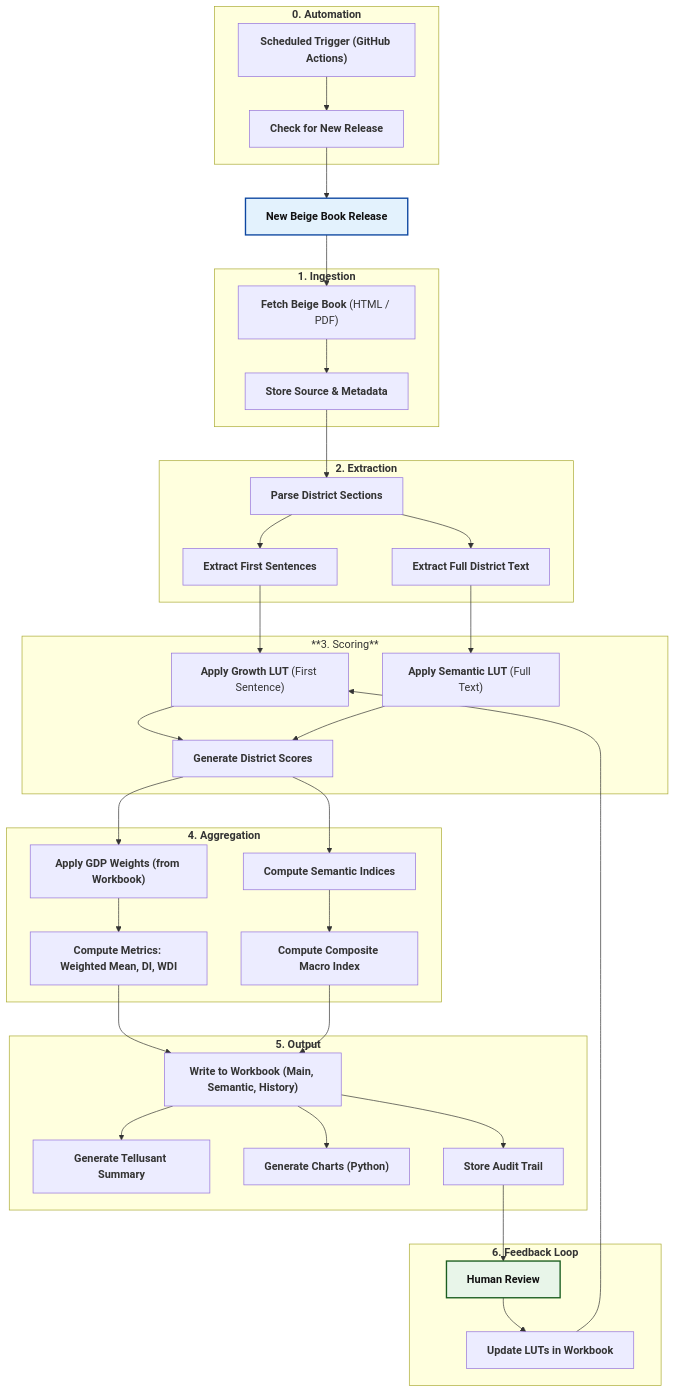
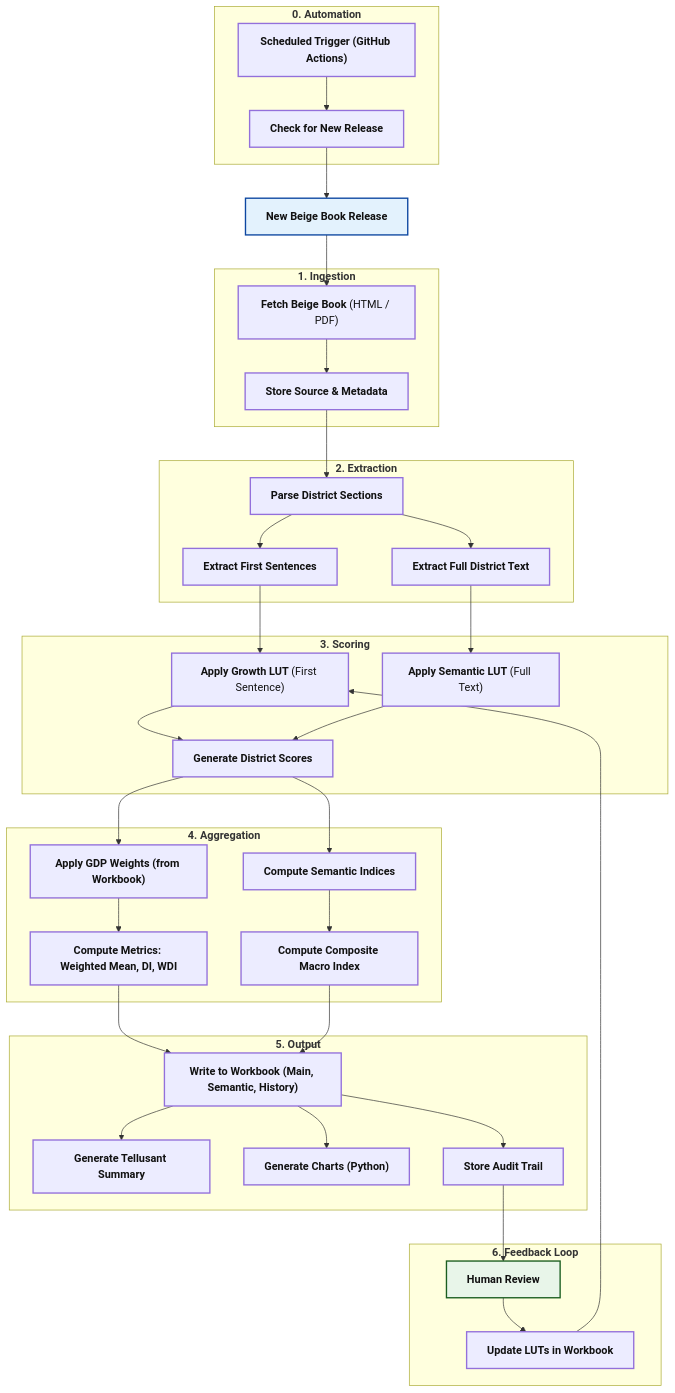
Before and after one commit to scanback/docs: the diagram in articles-posts/fedora.md, drawn with Mermaid.

```diff
--- a/articles-posts/fedora.md
+++ b/articles-posts/fedora.md
@@ -9,73 +9,73 @@
 <div class="mermaid">
 
 %%{init: {'themeVariables': { 'fontFamily': 'Arial'}}}%%
 
 flowchart TD
 
     A["`**New Beige Book Release**`"]:::blue
 
     subgraph S1["`**1. Ingestion**`"]
-        B["`**Fetch Beige Book** (HTML / PDF)`"]
-        C["`**Store Source & Metadata**`"]
+        B["`**Fetch Beige Book** (HTML / PDF)`"]:::base
+        C["`**Store Source & Metadata**`"]:::base
     end
 
     subgraph S2["`**2. Extraction**`"]
-        D["`**Parse District Sections**`"]
-        E["`**Extract First Sentences**`"]
-        F["`**Extract Full District Text**`"]
+        D["`**Parse District Sections**`"]:::base
+        E["`**Extract First Sentences**`"]:::base
+        F["`**Extract Full District Text**`"]:::base
     end
 
-    subgraph S3["**3. Scoring**"]
-        G["`**Apply Growth LUT** (First Sentence)`"]
-        H["`**Apply Semantic LUT** (Full Text)`"]
-        I["`**Generate District Scores**`"]
+    subgraph S3["`**3. Scoring**`"]
+        G["`**Apply Growth LUT** (First Sentence)`"]:::base
+        H["`**Apply Semantic LUT** (Full Text)`"]:::base
+        I["`**Generate District Scores**`"]:::base
     end
 
     subgraph S4["`**4. Aggregation**`"]
-        J["`**Apply GDP Weights (from Workbook)**`"]
-        K["`**Compute Metrics: Weighted Mean, DI, WDI**`"]
-        L["`**Compute Semantic Indices**`"]
-        M["`**Compute Composite Macro Index**`"]
+        J["`**Apply GDP Weights (from Workbook)**`"]:::base
+        K["`**Compute Metrics: Weighted Mean, DI, WDI**`"]:::base
+        L["`**Compute Semantic Indices**`"]:::base
+        M["`**Compute Composite Macro Index**`"]:::base
     end
 
     subgraph S5["`**5. Output**`"]
-        N["`**Write to Workbook (Main, Semantic, History)**`"]
-        O["`**Generate Tellusant Summary**`"]
-        P["`**Generate Charts (Python)**`"]
-        Q["`**Store Audit Trail**`"]
+        N["`**Write to Workbook (Main, Semantic, History)**`"]:::base
+        O["`**Generate Tellusant Summary**`"]:::base
+        P["`**Generate Charts (Python)**`"]:::base
+        Q["`**Store Audit Trail**`"]:::base
     end
 
     subgraph S6["`**0. Automation**`"]
-        R["`**Scheduled Trigger (GitHub Actions)**`"]
-        S["`**Check for New Release**`"]
+        R["`**Scheduled Trigger (GitHub Actions)**`"]:::base
+        S["`**Check for New Release**`"]:::base
     end
 
     subgraph S7["`**6. Feedback Loop**`"]
         T["`**Human Review**`"]:::green
-        U["`**Update LUTs in Workbook**`"]
+        U["`**Update LUTs in Workbook**`"]:::base
     end
 
     R --> S --> A
     A --> B --> C --> D --> E
     D --> F
     E --> G --> I
     F --> H --> I
     I --> J --> K
     I --> L --> M
     K --> N
     M --> N
     N --> O
     N --> P
     N --> Q
     Q --> T --> U --> G
 
 %% ========= STYLES =========
 classDef green   fill:#E8F5E9,stroke:#1B5E20,stroke-width:2px,color:#111;
 classDef blue    fill:#E3F2FD,stroke:#0D47A1,stroke-width:2px,color:#111;
 classDef orange  fill:#FFF8E1,stroke:#FF6F00,stroke-width:2px,color:#111;
 classDef red     fill:#FDECEA,stroke:#B71C1C,stroke-width:2px,color:#111;
 classDef grey    fill:#F5F5F5,stroke:#424242,stroke-width:2px,color:#111;
 classDef base    fill:#ECECFF,stroke:#9370DB,stroke-width:2px,color:#111;
 classDef clear   fill:transparent,stroke:transparent;
 
     </div>
```
